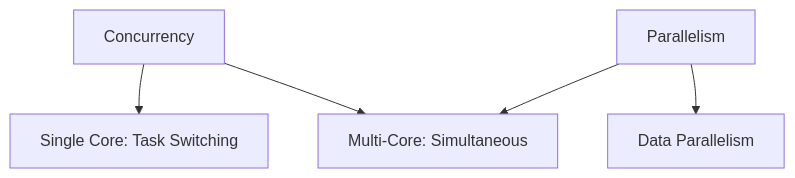
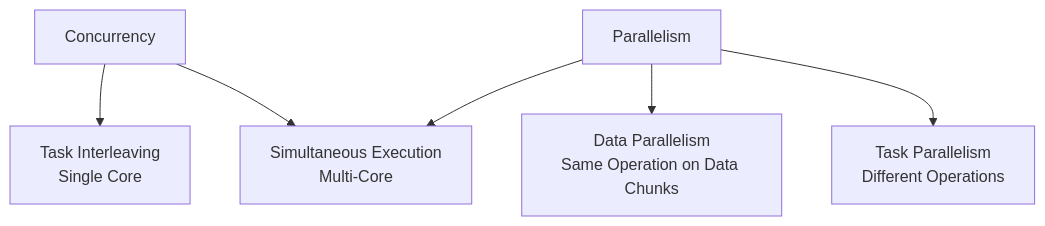
One commit to VrushankPatel/interview-matters changed the second of 3 diagrams in concurrency-parallelism/README.md. Above: the diagram before and after it, drawn with Mermaid. The commit also changed other lines of this file and 5 other files, not shown here.

Commit message:
kb: update topics System Design Basics, CAP Theorem & Distributed Systems, Collections & Data Structures, Concurrency & Parallelism, DevOps & Infrastructure as Code

````diff
--- a/concurrency-parallelism/README.md
+++ b/concurrency-parallelism/README.md
@@ -31,7 +133,8 @@
 ```mermaid
-graph TD;
-    A[Concurrency] --> B[Single Core: Task Switching];
-    A --> C[Multi-Core: Simultaneous];
-    D[Parallelism] --> C;
-    D --> E[Data Parallelism];
+graph TD
+    A[Concurrency] --> B[Task Interleaving<br/>Single Core]
+    A --> C[Simultaneous Execution<br/>Multi-Core]
+    D[Parallelism] --> C
+    D --> E[Data Parallelism<br/>Same Operation on Data Chunks]
+    D --> F[Task Parallelism<br/>Different Operations]
 ```
````
